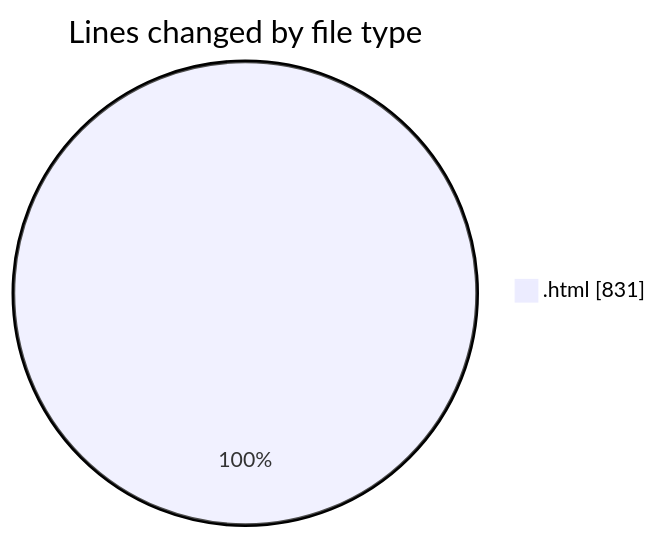
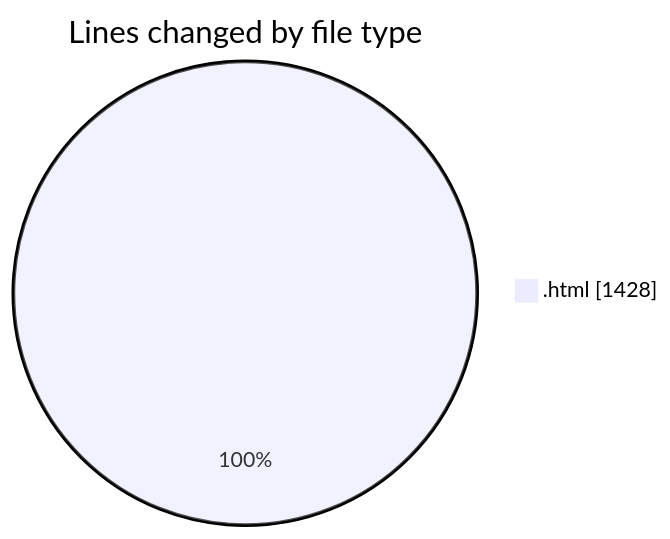
The first of 2 diagrams in 2025-01-28/0starter_files/README.md (Ritupan-Deka/code-tracking), drawn with Mermaid before and after one commit. The commit also changed other lines of this file and 1 other file, not shown here.

````diff
--- a/2025-01-28/0starter_files/README.md
+++ b/2025-01-28/0starter_files/README.md
@@ -20,5 +20,5 @@
 ```mermaid
 pie showData
 title Lines changed by file type
-".html" : 831
+".html" : 1428
 ```
````
